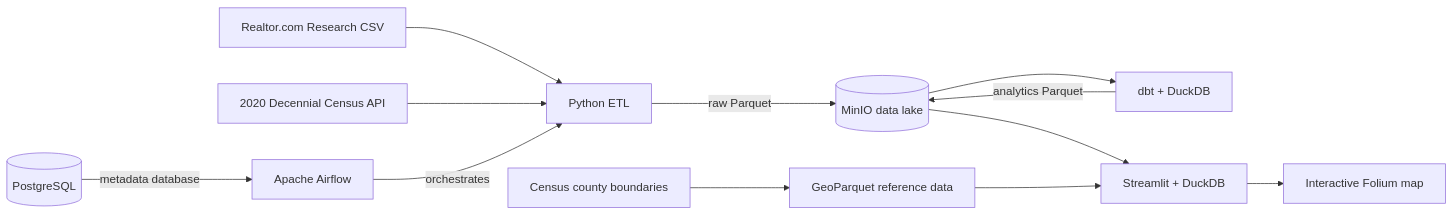
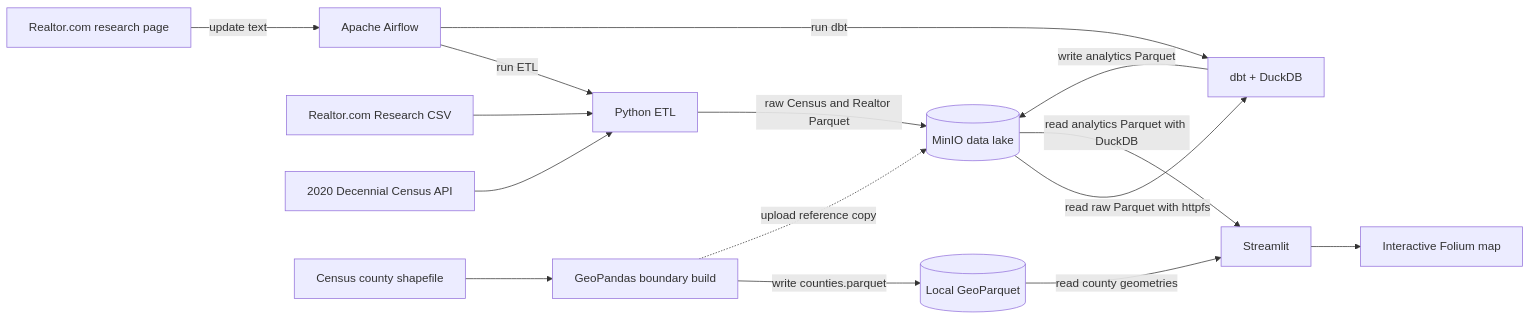
One commit to miguelrondon92/Real-Estate-By-Census changed the diagram in README.md. Above: the diagram before and after it, drawn with Mermaid. The commit also changed other lines of this file, not shown here.

Commit message:
fixing the mermaid chart

````diff
--- a/README.md
+++ b/README.md
@@ -14,14 +14,19 @@
 ```mermaid
 flowchart LR
-    A[Realtor.com Research CSV] --> E[Python ETL]
-    B[2020 Decennial Census API] --> E
-    C[Census county boundaries] --> G[GeoParquet reference data]
-    D[Apache Airflow] -->|orchestrates| E
-    E -->|raw Parquet| F[(MinIO data lake)]
-    F --> H[dbt + DuckDB]
-    H -->|analytics Parquet| F
-    F --> I[Streamlit + DuckDB]
-    G --> I
+    A[Realtor.com research page] -->|update text| D[Apache Airflow]
+    B[Realtor.com Research CSV] --> E[Python ETL]
+    C[2020 Decennial Census API] --> E
+    D -->|run ETL| E
+    E -->|raw Census and Realtor Parquet| F[(MinIO data lake)]
+    D -->|run dbt| H[dbt + DuckDB]
+    F -->|read raw Parquet with httpfs| H
+    H -->|write analytics Parquet| F
+
+    K[Census county shapefile] --> L[GeoPandas boundary build]
+    L -->|write counties.parquet| G[(Local GeoParquet)]
+    L -.->|upload reference copy| F
+
+    F -->|read analytics Parquet with DuckDB| I[Streamlit]
+    G -->|read county geometries| I
     I --> J[Interactive Folium map]
-    K[(PostgreSQL)] -->|metadata database| D
 ```
````
